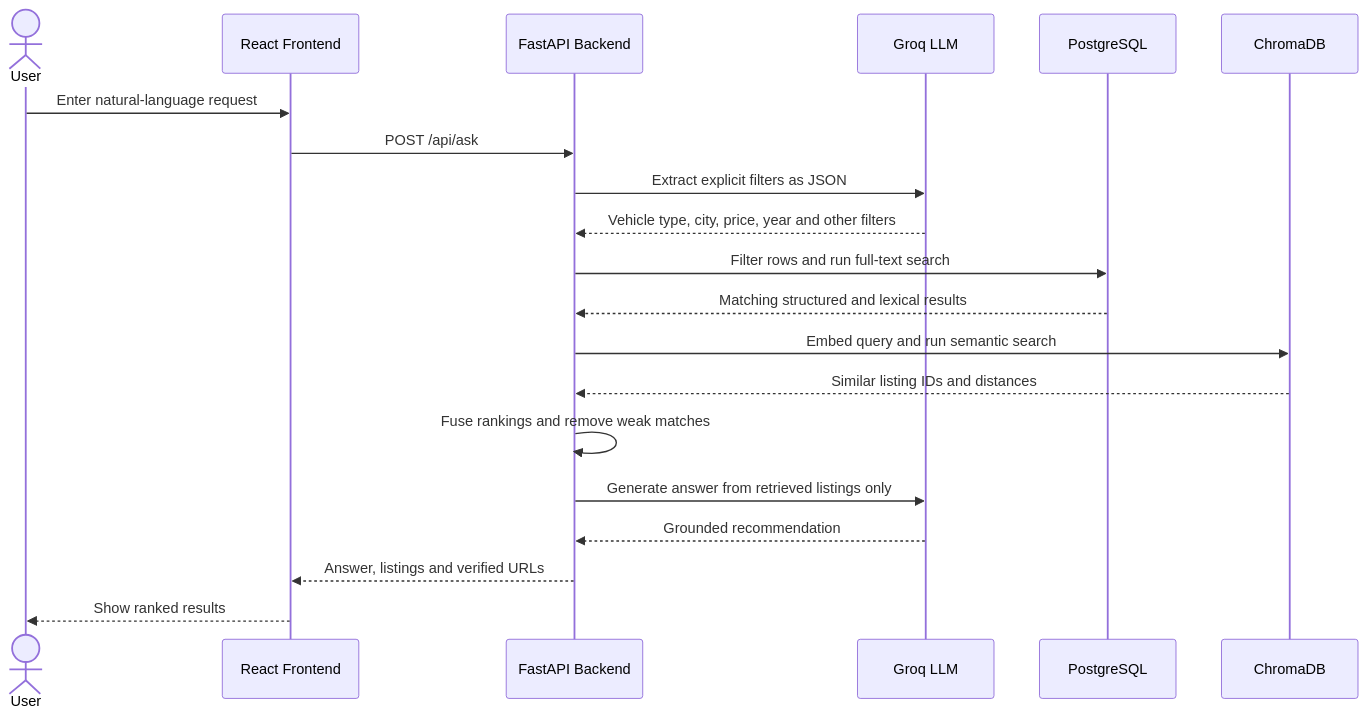
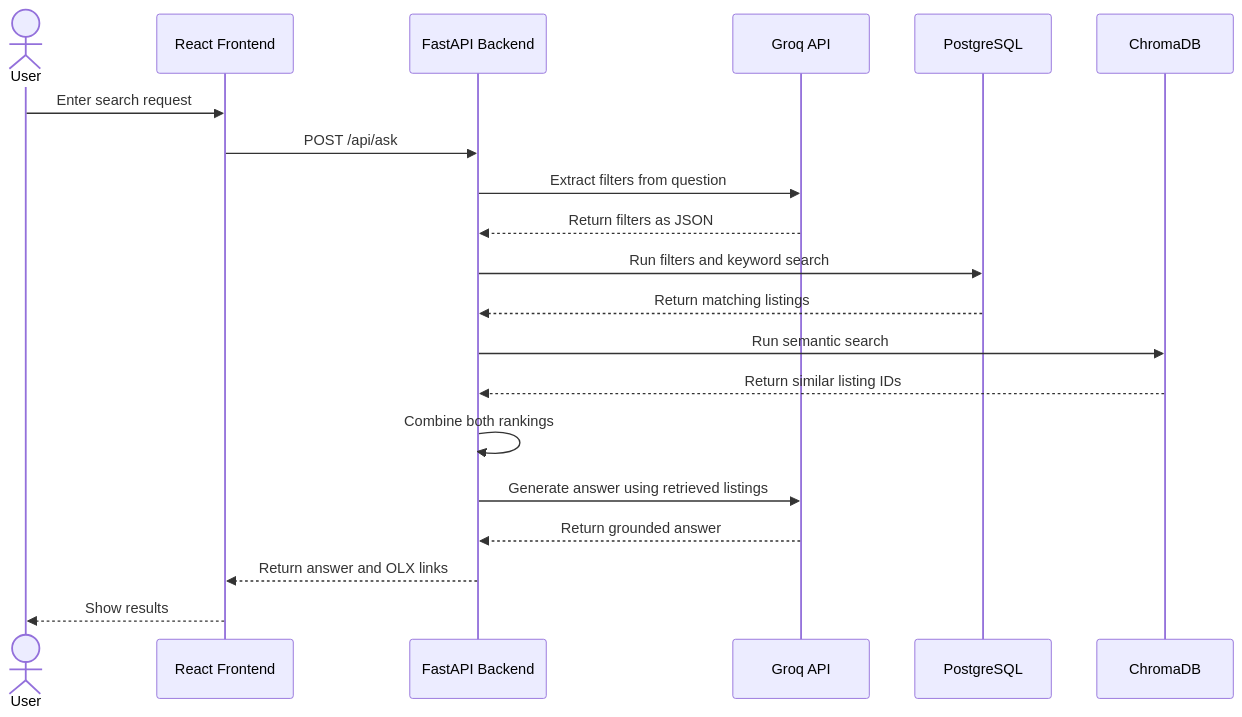
Before and after one commit to abd-04/olx_rag: the second of 4 diagrams in README.md, drawn with Mermaid. The commit also changed other lines of this file, not shown here.

````diff
--- a/README.md
+++ b/README.md
@@ -64,23 +67,23 @@
 ```mermaid
 sequenceDiagram
     actor U as User
     participant R as React Frontend
     participant F as FastAPI Backend
-    participant G as Groq LLM
+    participant G as Groq API
     participant P as PostgreSQL
     participant C as ChromaDB
 
-    U->>R: Enter natural-language request
+    U->>R: Enter search request
     R->>F: POST /api/ask
-    F->>G: Extract explicit filters as JSON
-    G-->>F: Vehicle type, city, price, year and other filters
-    F->>P: Filter rows and run full-text search
-    P-->>F: Matching structured and lexical results
-    F->>C: Embed query and run semantic search
-    C-->>F: Similar listing IDs and distances
-    F->>F: Fuse rankings and remove weak matches
-    F->>G: Generate answer from retrieved listings only
-    G-->>F: Grounded recommendation
-    F-->>R: Answer, listings and verified URLs
-    R-->>U: Show ranked results
+    F->>G: Extract filters from question
+    G-->>F: Return filters as JSON
+    F->>P: Run filters and keyword search
+    P-->>F: Return matching listings
+    F->>C: Run semantic search
+    C-->>F: Return similar listing IDs
+    F->>F: Combine both rankings
+    F->>G: Generate answer using retrieved listings
+    G-->>F: Return grounded answer
+    F-->>R: Return answer and OLX links
+    R-->>U: Show results
 ```
````
